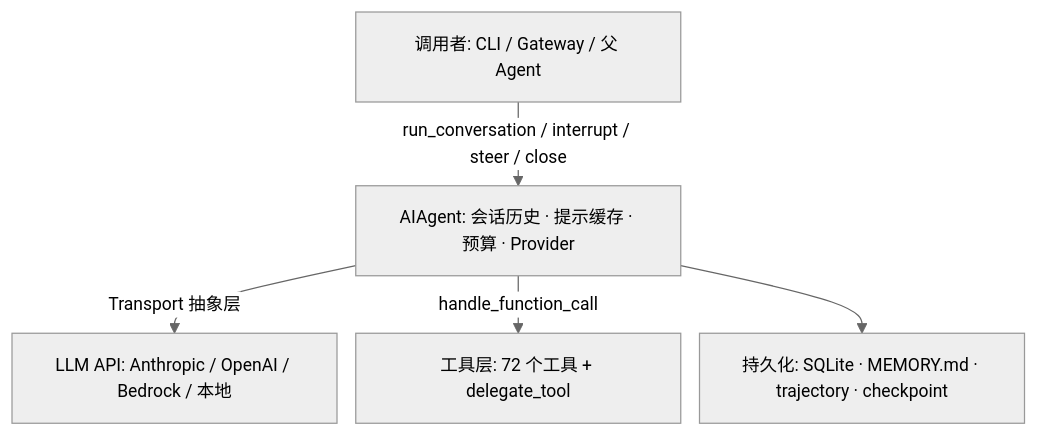
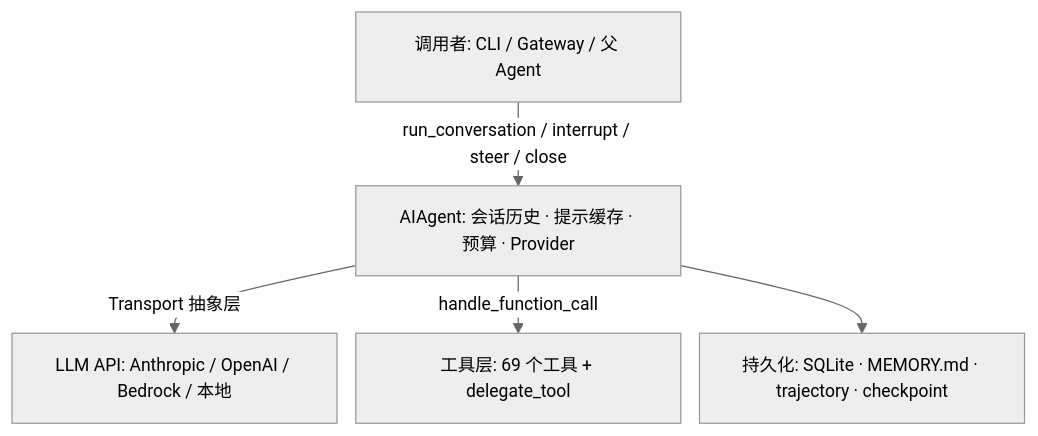
Before and after one commit to fang-lin/hermes-agent-code-analysis: the first of 11 diagrams in docs/zh/02-Agent核心.md, drawn with Mermaid. The commit also changed other lines of this file and 3 other files, not shown here.

````diff
--- a/docs/zh/02-Agent核心.md
+++ b/docs/zh/02-Agent核心.md
@@ -89,8 +101,8 @@
 ```mermaid
 %%{init: {"theme": "neutral", "themeVariables": {"fontSize": "14px"}, "flowchart": {"nodeSpacing": 15, "rankSpacing": 25}}}%%
 flowchart TD
     CALLER["调用者: CLI / Gateway / 父 Agent"] -->|"run_conversation / interrupt / steer / close"| AGENT["AIAgent: 会话历史 · 提示缓存 · 预算 · Provider"]
     AGENT -->|Transport 抽象层| LLM["LLM API: Anthropic / OpenAI / Bedrock / 本地"]
-    AGENT -->|handle_function_call| TOOLS["工具层: 72 个工具 + delegate_tool"]
+    AGENT -->|handle_function_call| TOOLS["工具层: 69 个工具 + delegate_tool"]
     AGENT --> PERSIST["持久化: SQLite · MEMORY.md · trajectory · checkpoint"]
 ```
````
